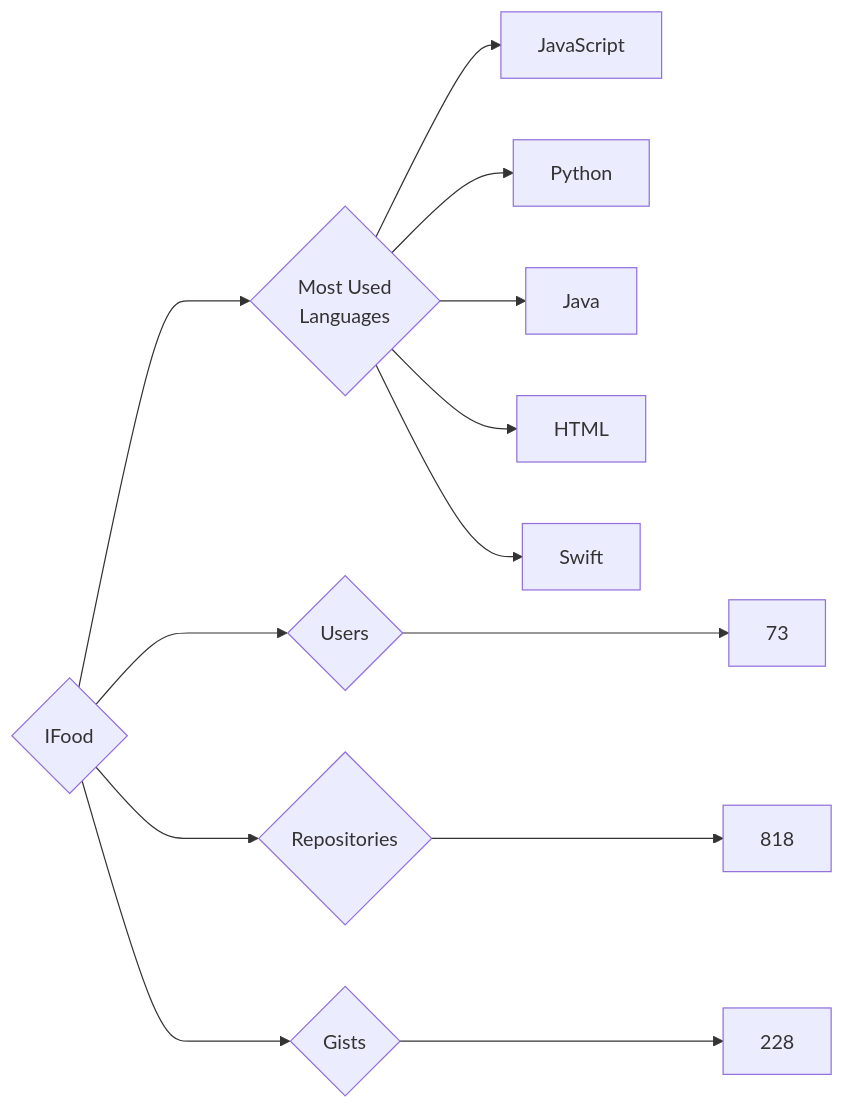
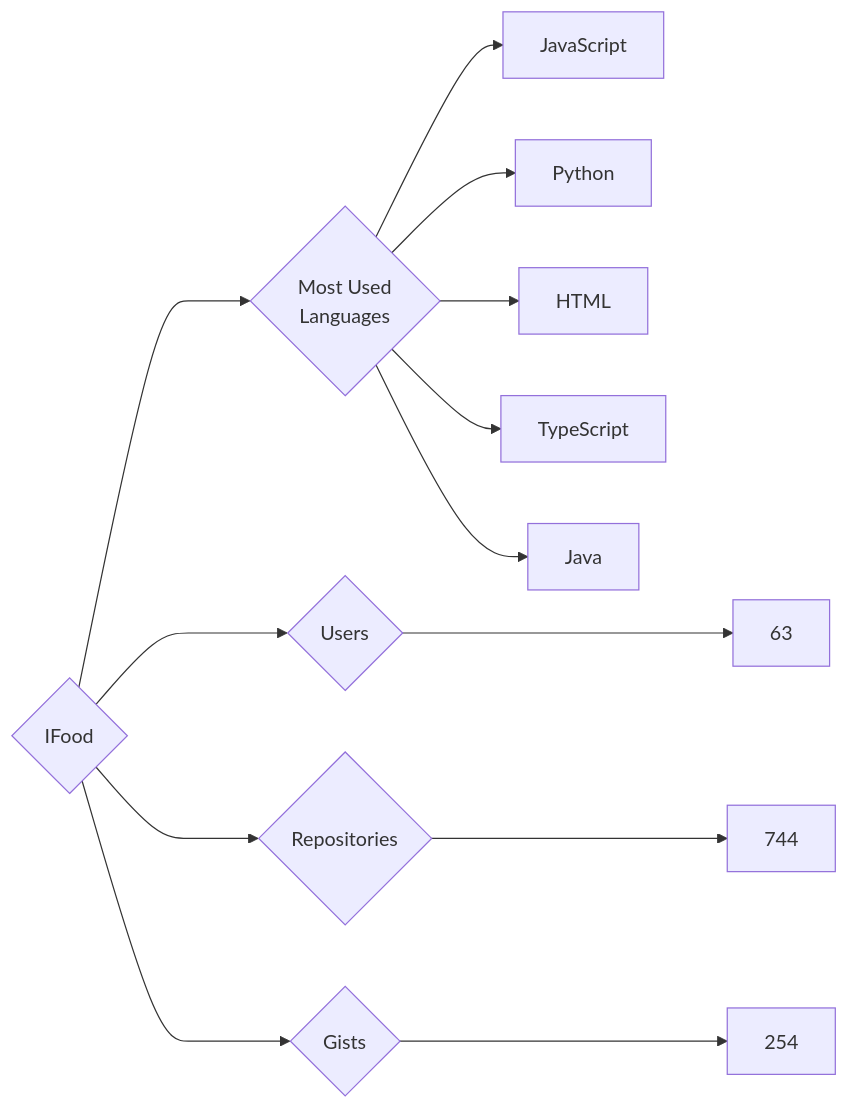
One commit to trickest/insiders changed the diagram in targets/IFood/README.md. Above: the diagram before and after it, drawn with Mermaid. The commit also changed 1084 other files, not shown here.

````diff
--- a/targets/IFood/README.md
+++ b/targets/IFood/README.md
@@ -3,13 +3,13 @@
 ```mermaid
 graph LR
 COMPANY_NAME{IFood}
-COMPANY_NAME ---> U{Users} ---> UN[73]
-COMPANY_NAME ---> R{Repositories} ---> RN[818]
-COMPANY_NAME ---> G{Gists} ---> GN[228]
+COMPANY_NAME ---> U{Users} ---> UN[63]
+COMPANY_NAME ---> R{Repositories} ---> RN[744]
+COMPANY_NAME ---> G{Gists} ---> GN[254]
 COMPANY_NAME ---> ML{Most Used<br>Languages}
 ML --> JavaScript[JavaScript]
 ML --> Python[Python]
+ML --> HTML[HTML]
+ML --> TypeScript[TypeScript]
 ML --> Java[Java]
-ML --> HTML[HTML]
-ML --> Swift[Swift]
 ```
````
